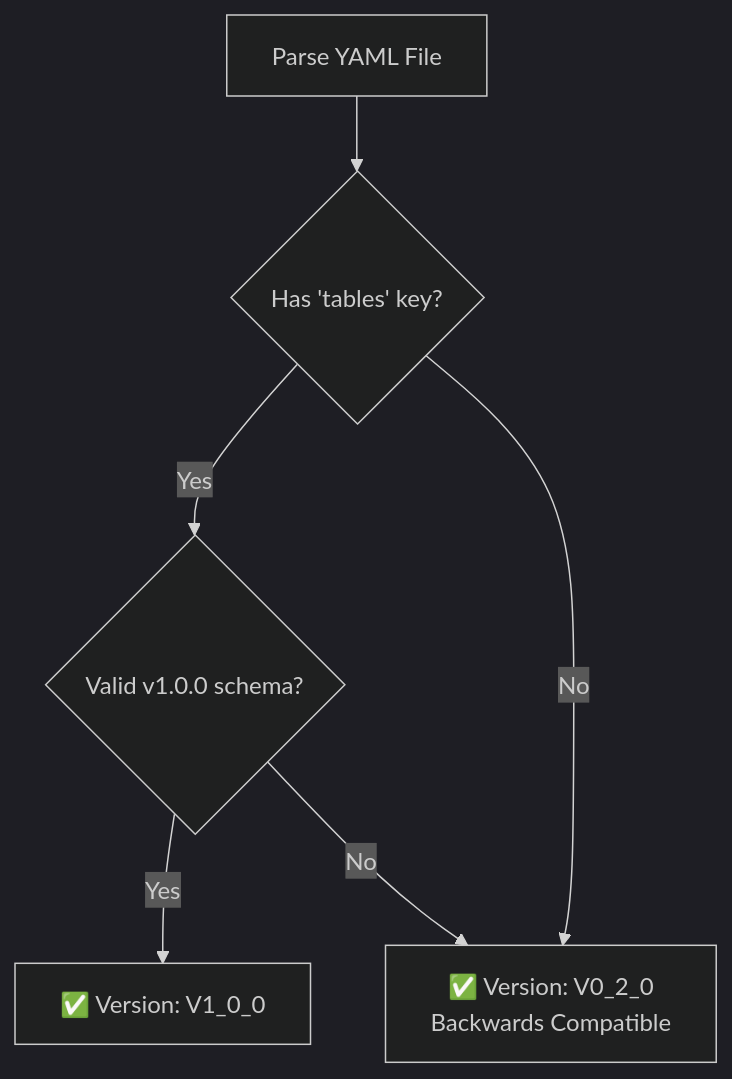
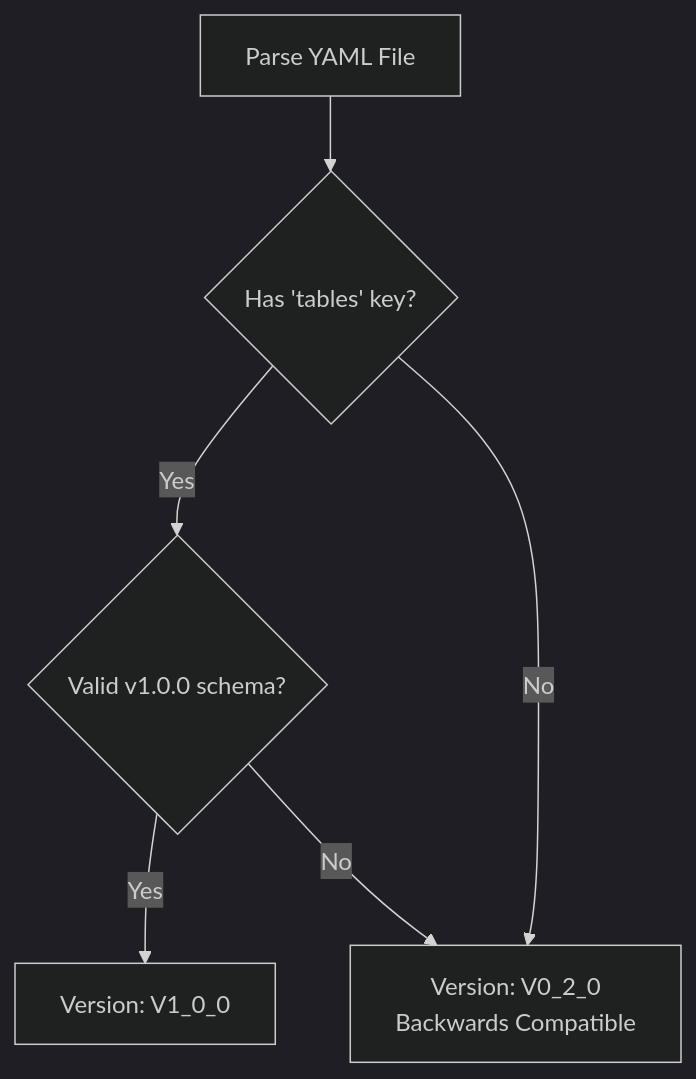
Before and after one commit to mollendorff-ai/forge: the third of 12 diagrams in docs/architecture/01-COMPONENT-ARCHITECTURE.md, drawn with Mermaid (dark theme). The commit also changed other lines of this file and 20 other files, not shown here.

````diff
--- a/docs/architecture/01-COMPONENT-ARCHITECTURE.md
+++ b/docs/architecture/01-COMPONENT-ARCHITECTURE.md
@@ -286,14 +286,14 @@
 ```mermaid
 graph TB
     Start["Parse YAML File"]
     CheckTables{"Has 'tables' key?"}
     CheckV1Schema{"Valid v1.0.0 schema?"}
-    V1["✅ Version: V1_0_0"]
-    V0["✅ Version: V0_2_0<br/>Backwards Compatible"]
+    V1["Version: V1_0_0"]
+    V0["Version: V0_2_0<br/>Backwards Compatible"]
 
     Start --> CheckTables
     CheckTables -->|Yes| CheckV1Schema
     CheckTables -->|No| V0
     CheckV1Schema -->|Yes| V1
     CheckV1Schema -->|No| V0
 ```
````
